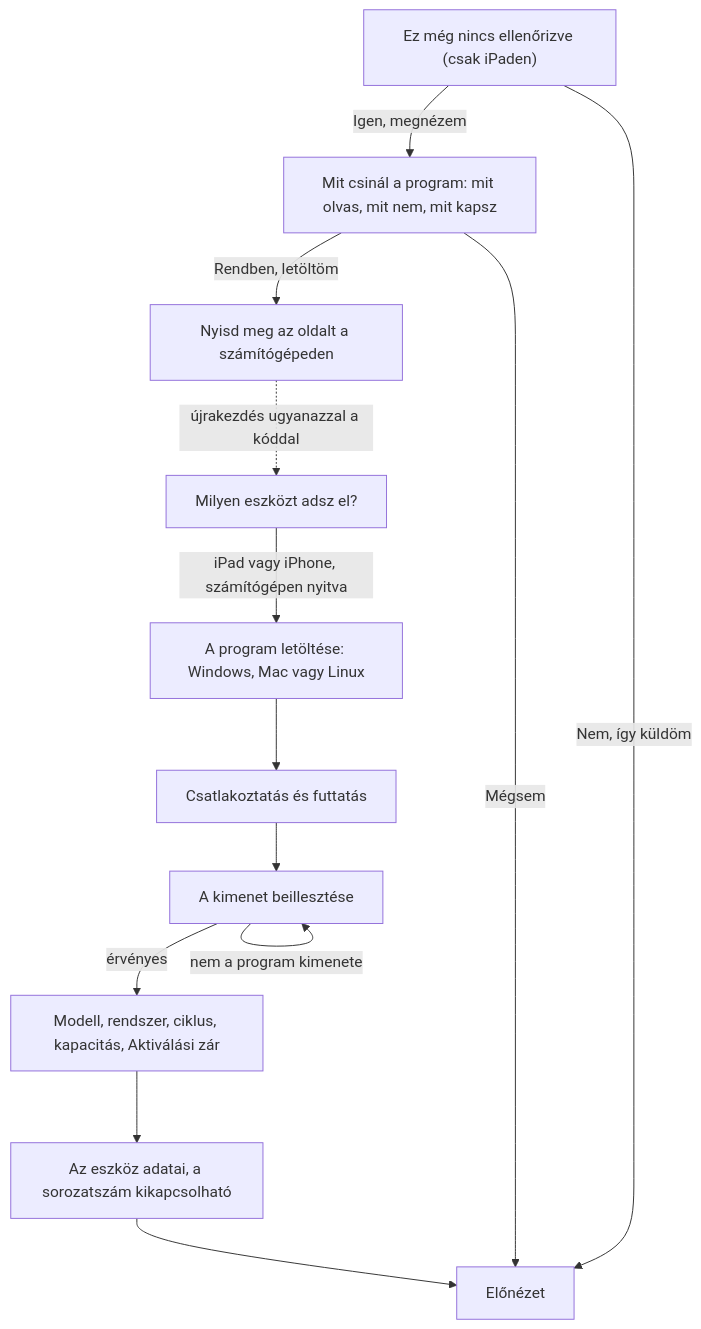
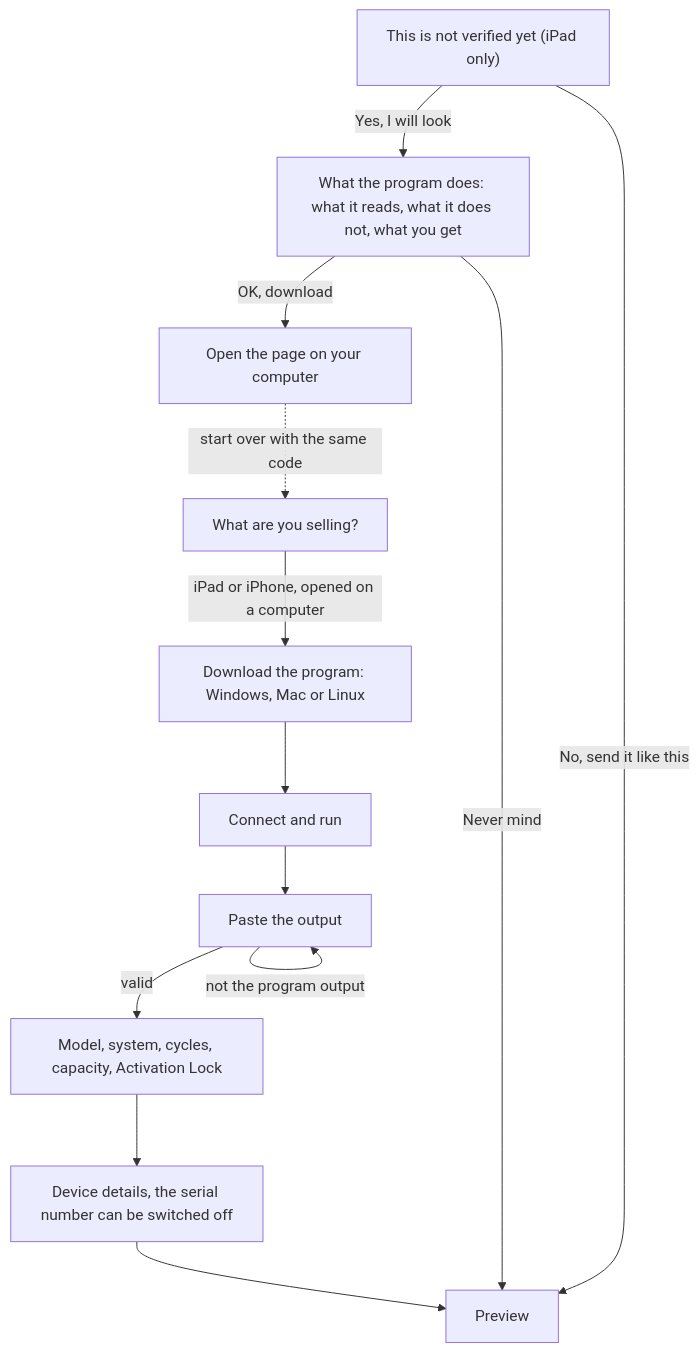
Before and after one commit to krisz0722/ipad-audit: the fourth of 7 diagrams in docs/flows.en.md, drawn with Mermaid. The commit also changed other lines of this file and 1 other file, not shown here.

First line of the commit message:
docs: document the Mac tests and translate the English diagrams

````diff
--- a/docs/flows.en.md
+++ b/docs/flows.en.md
@@ -117,15 +120,15 @@
 ```mermaid
 flowchart TD
-  REM["Ez még nincs ellenőrizve (csak iPaden)"] -->|"Igen, megnézem"| A["Mit csinál a program: mit olvas, mit nem, mit kapsz"]
-  REM -->|"Nem, így küldöm"| P["Előnézet"]
-  A -->|"Mégsem"| P
-  A -->|"Rendben, letöltöm"| SW["Nyisd meg az oldalt a számítógépeden"]
-  SW -.->|"újrakezdés ugyanazzal a kóddal"| K["Milyen eszközt adsz el?"]
-  K -->|"iPad vagy iPhone, számítógépen nyitva"| G["A program letöltése: Windows, Mac vagy Linux"]
-  G --> F["Csatlakoztatás és futtatás"]
-  F --> PA["A kimenet beillesztése"]
-  PA -->|"nem a program kimenete"| PA
-  PA -->|"érvényes"| RES["Modell, rendszer, ciklus, kapacitás, Aktiválási zár"]
-  RES --> D["Az eszköz adatai, a sorozatszám kikapcsolható"]
+  REM["This is not verified yet (iPad only)"] -->|"Yes, I will look"| A["What the program does: what it reads, what it does not, what you get"]
+  REM -->|"No, send it like this"| P["Preview"]
+  A -->|"Never mind"| P
+  A -->|"OK, download"| SW["Open the page on your computer"]
+  SW -.->|"start over with the same code"| K["What are you selling?"]
+  K -->|"iPad or iPhone, opened on a computer"| G["Download the program: Windows, Mac or Linux"]
+  G --> F["Connect and run"]
+  F --> PA["Paste the output"]
+  PA -->|"not the program output"| PA
+  PA -->|"valid"| RES["Model, system, cycles, capacity, Activation Lock"]
+  RES --> D["Device details, the serial number can be switched off"]
   D --> P
 ```
````
